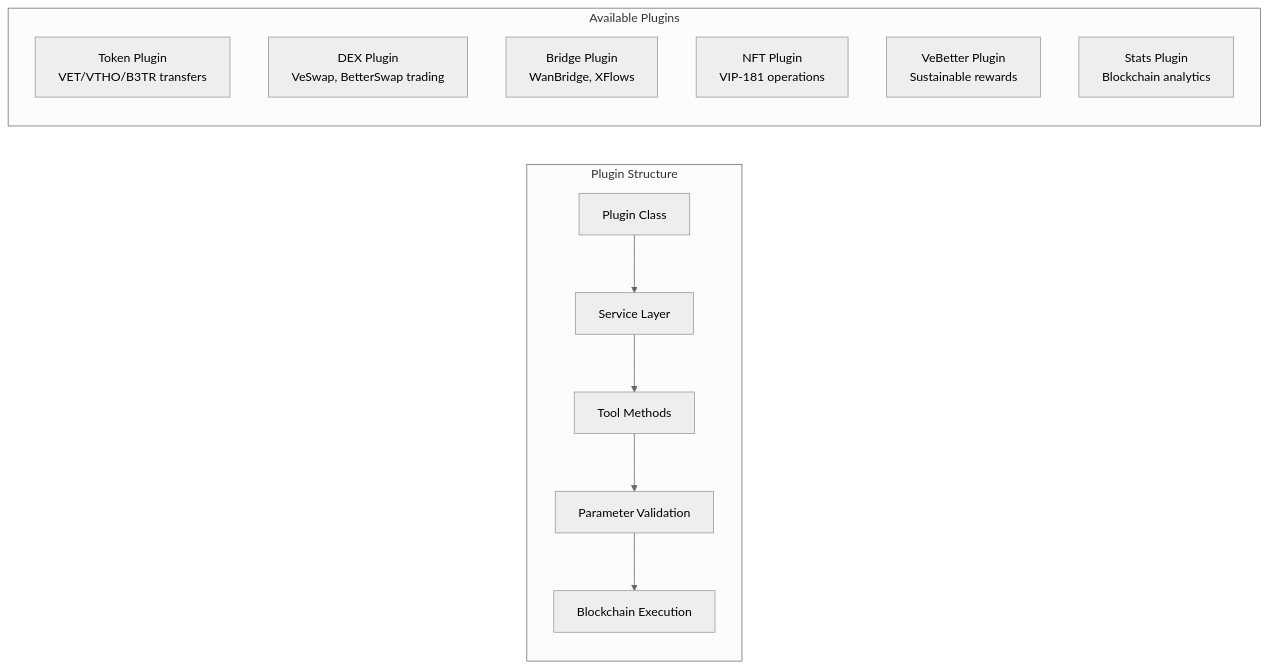
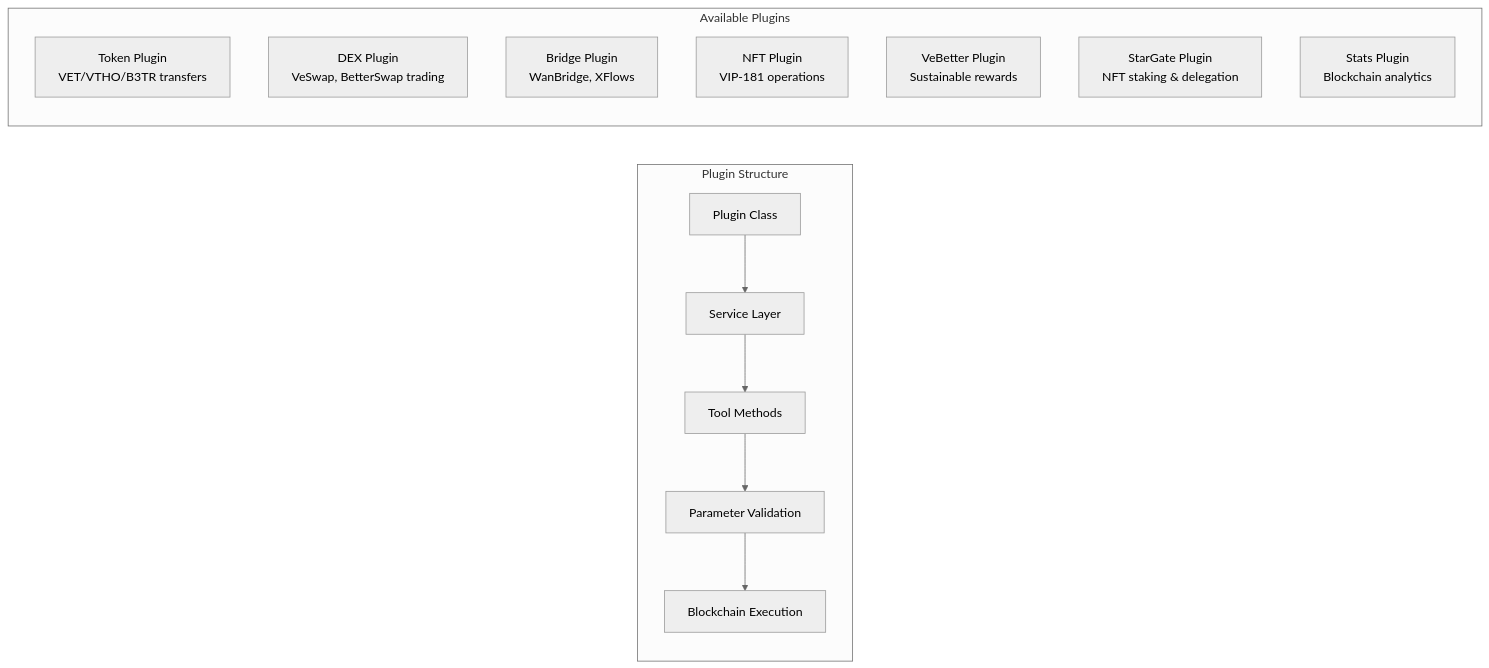
The second of 2 diagrams in README.md (VeChain-AI-Terminal/vechain-terminal-mcp), drawn with Mermaid (neutral theme) before and after one commit. The commit also changed other lines of this file and 7 other files, not shown here.

First line of the commit message:
feat: add StarGate NFT staking and delegation functionality

````diff
--- a/README.md
+++ b/README.md
@@ -88,18 +91,19 @@
 ```mermaid
 graph LR
     subgraph "Plugin Structure"
         A[Plugin Class] --> B[Service Layer]
         B --> C[Tool Methods]
         C --> D[Parameter Validation]
         D --> E[Blockchain Execution]
     end
     
     subgraph "Available Plugins"
         F[Token Plugin<br/>VET/VTHO/B3TR transfers]
         G[DEX Plugin<br/>VeSwap, BetterSwap trading]
         H[Bridge Plugin<br/>WanBridge, XFlows]
         I[NFT Plugin<br/>VIP-181 operations]
         J[VeBetter Plugin<br/>Sustainable rewards]
-        K[Stats Plugin<br/>Blockchain analytics]
+        K[StarGate Plugin<br/>NFT staking & delegation]
+        L[Stats Plugin<br/>Blockchain analytics]
     end
 ```
````
